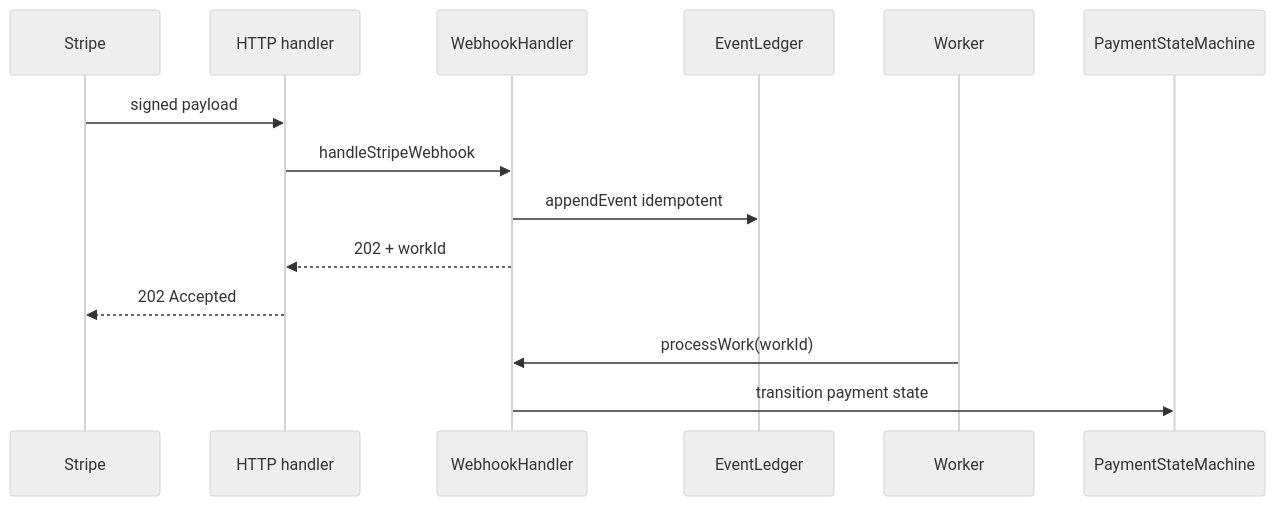
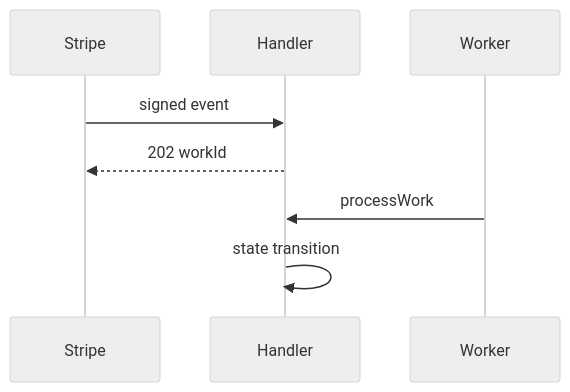
One commit to marchikx/stripe-payments-ledger changed the diagram in README.md. Above: the diagram before and after it, drawn with Mermaid (neutral theme). The commit also changed other lines of this file, not shown here.

````diff
--- a/README.md
+++ b/README.md
@@ -17,16 +16,10 @@
 ```mermaid
 sequenceDiagram
   participant Stripe
-  participant HTTP as HTTP handler
-  participant WH as WebhookHandler
-  participant L as EventLedger
-  participant W as Worker
-  participant SM as PaymentStateMachine
-  Stripe->>HTTP: signed payload
-  HTTP->>WH: handleStripeWebhook
-  WH->>L: appendEvent idempotent
-  WH-->>HTTP: 202 + workId
-  HTTP-->>Stripe: 202 Accepted
-  W->>WH: processWork(workId)
-  WH->>SM: transition payment state
+  participant Handler
+  participant Worker
+  Stripe->>Handler: signed event
+  Handler-->>Stripe: 202 workId
+  Worker->>Handler: processWork
+  Handler->>Handler: state transition
 ```
````
